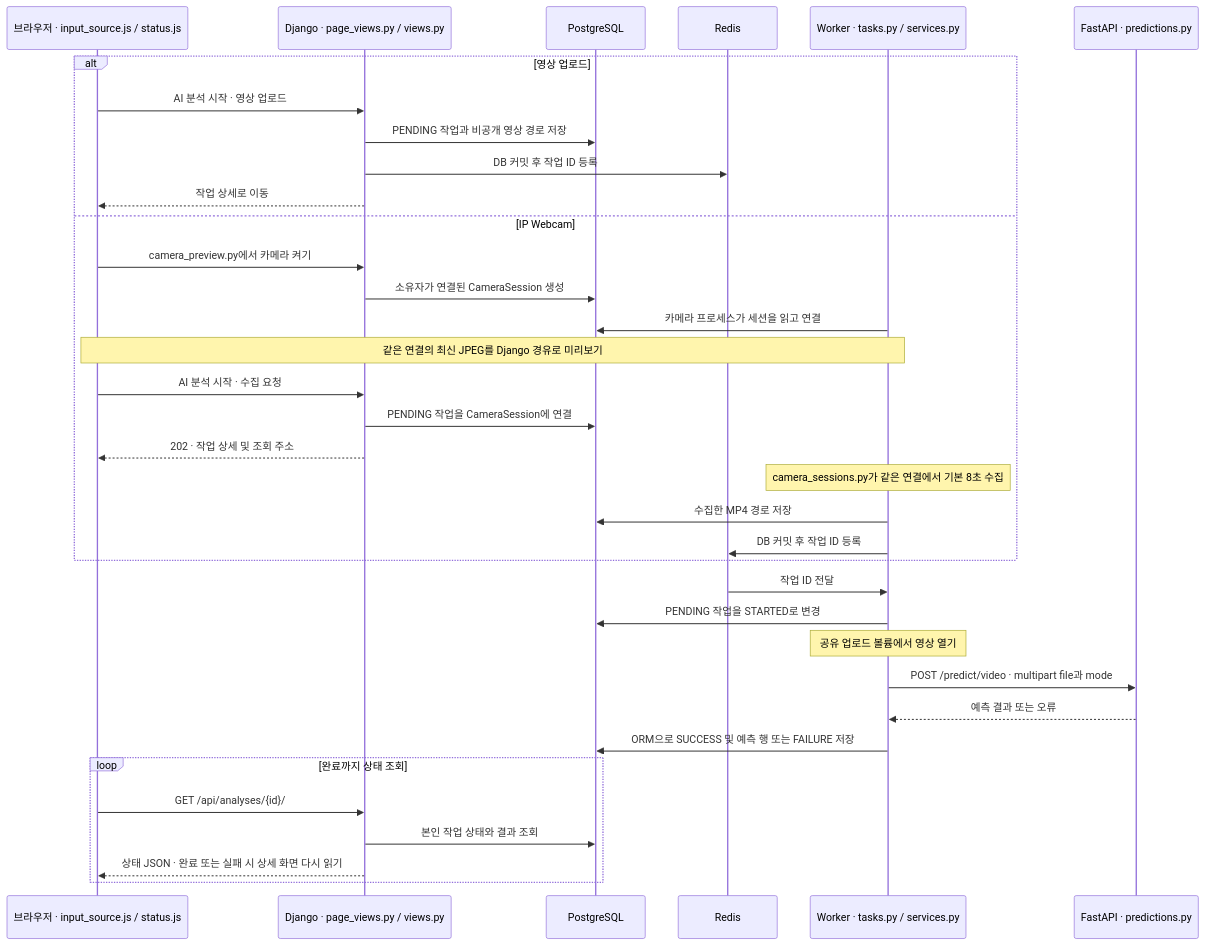
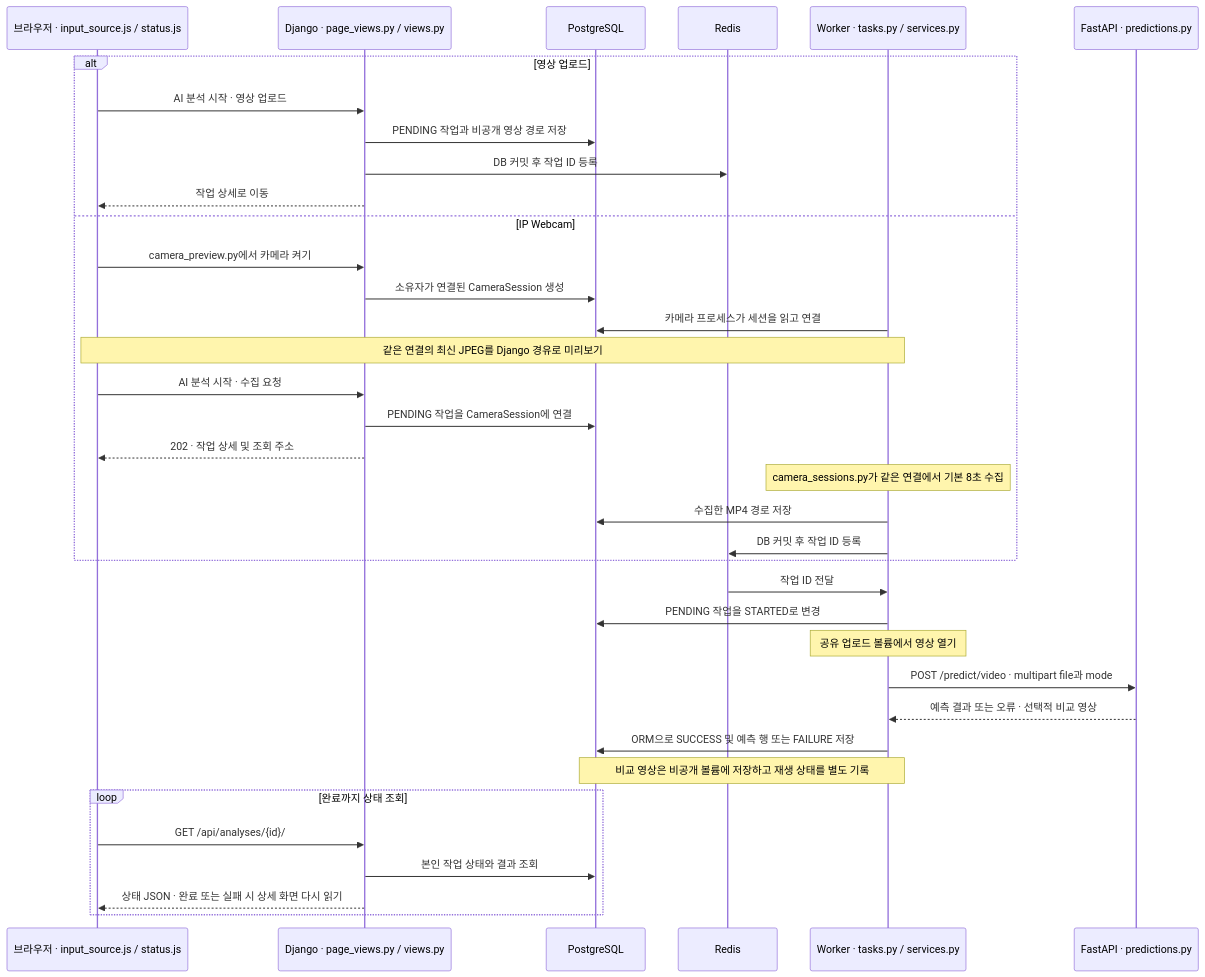
The third of 3 diagrams in README.md (KJH032797/vision-action-platform), drawn with Mermaid before and after one commit. The commit also changed other lines of this file and 16 other files, not shown here.

````diff
--- a/README.md
+++ b/README.md
@@ -110,37 +110,38 @@
 ```mermaid
 sequenceDiagram
     participant B as 브라우저 · input_source.js / status.js
     participant D as Django · page_views.py / views.py
     participant P as PostgreSQL
     participant R as Redis
     participant C as Worker · tasks.py / services.py
     participant F as FastAPI · predictions.py
     alt 영상 업로드
         B->>D: AI 분석 시작 · 영상 업로드
         D->>P: PENDING 작업과 비공개 영상 경로 저장
         D->>R: DB 커밋 후 작업 ID 등록
         D-->>B: 작업 상세로 이동
     else IP Webcam
         B->>D: camera_preview.py에서 카메라 켜기
         D->>P: 소유자가 연결된 CameraSession 생성
         C->>P: 카메라 프로세스가 세션을 읽고 연결
         Note over B,C: 같은 연결의 최신 JPEG를 Django 경유로 미리보기
         B->>D: AI 분석 시작 · 수집 요청
         D->>P: PENDING 작업을 CameraSession에 연결
         D-->>B: 202 · 작업 상세 및 조회 주소
         Note over C: camera_sessions.py가 같은 연결에서 기본 8초 수집
         C->>P: 수집한 MP4 경로 저장
         C->>R: DB 커밋 후 작업 ID 등록
     end
     R->>C: 작업 ID 전달
     C->>P: PENDING 작업을 STARTED로 변경
     Note over C: 공유 업로드 볼륨에서 영상 열기
     C->>F: POST /predict/video · multipart file과 mode
-    F-->>C: 예측 결과 또는 오류
+    F-->>C: 예측 결과 또는 오류 · 선택적 비교 영상
     C->>P: ORM으로 SUCCESS 및 예측 행 또는 FAILURE 저장
+    Note over C,P: 비교 영상은 비공개 볼륨에 저장하고 재생 상태를 별도 기록
     loop 완료까지 상태 조회
         B->>D: GET /api/analyses/{id}/
         D->>P: 본인 작업 상태와 결과 조회
         D-->>B: 상태 JSON · 완료 또는 실패 시 상세 화면 다시 읽기
     end
 ```
````
